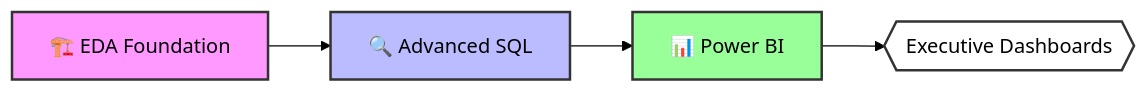
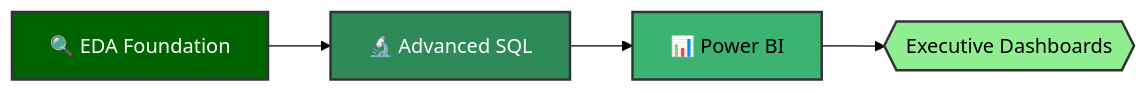
Before and after one commit to iirama/Equipment-Company-Advanced-Analysis: the first of 2 diagrams in README.md, drawn with Mermaid (forest theme).

````diff
--- a/README.md
+++ b/README.md
@@ -7,10 +7,10 @@
 ```mermaid
 flowchart LR
-    A[🏗️ EDA Foundation] --> B[🔍 Advanced SQL]
+    A[🔍 EDA Foundation] --> B[🔬 Advanced SQL]
     B --> C[📊 Power BI]
     C --> D{{"Executive Dashboards"}}
-    style A fill:#f9f,stroke:#333,stroke-width:2px,fill-pattern:circles,color:black
-    style B fill:#bbf,stroke:#333,stroke-width:2px,fill-pattern:diagonals,color:black
-    style C fill:#9f9,stroke:#333,stroke-width:2px,fill-pattern:grid,color:black
-    style D fill:#fff,stroke:#333,stroke-width:2px,fill-pattern:dots,color:black
+    style A fill:#006400,stroke:#333,stroke-width:2px,color:white  
+    style B fill:#2E8B57,stroke:#333,stroke-width:2px,color:white  
+    style C fill:#3CB371,stroke:#333,stroke-width:2px,color:black 
+    style D fill:#90EE90,stroke:#333,stroke-width:2px,color:black  
 ```
````
